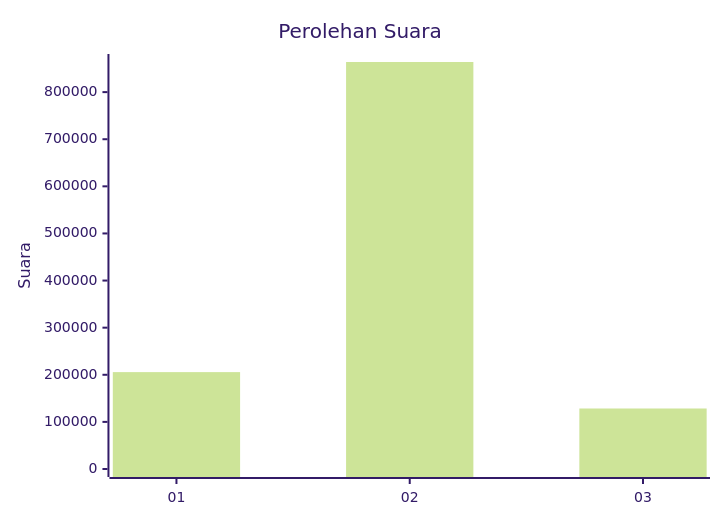
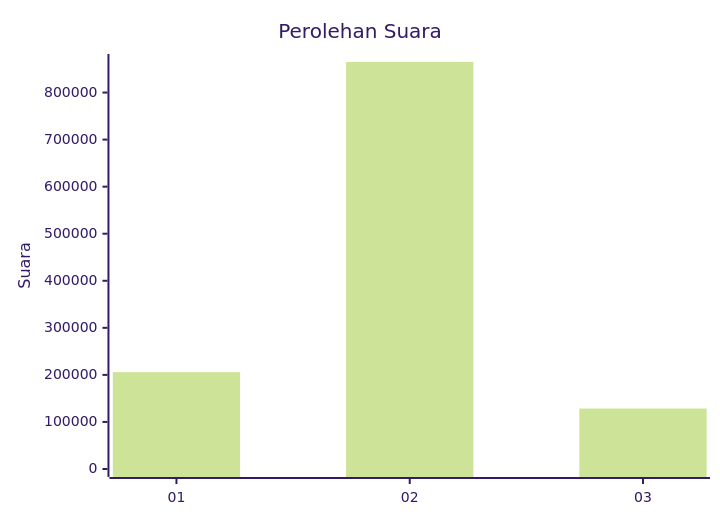
The first of 2 diagrams in pilpres/hitung-suara/sub/table-wilayah-62.md (gigit-pemilu/pemilu-2024), drawn with Mermaid (forest theme) before and after one commit. The commit also changed other lines of this file and 8 other files, not shown here.

````diff
--- a/pilpres/hitung-suara/sub/table-wilayah-62.md
+++ b/pilpres/hitung-suara/sub/table-wilayah-62.md
@@ -7,7 +7,7 @@
 ```mermaid
 xychart-beta
     title "Perolehan Suara"
     x-axis [01, 02, 03]
-    y-axis "Suara" 0 --> 863925
-    bar [205654, 863925, 128425]
+    y-axis "Suara" 0 --> 864920
+    bar [205855, 864920, 128561]
 ```
````
